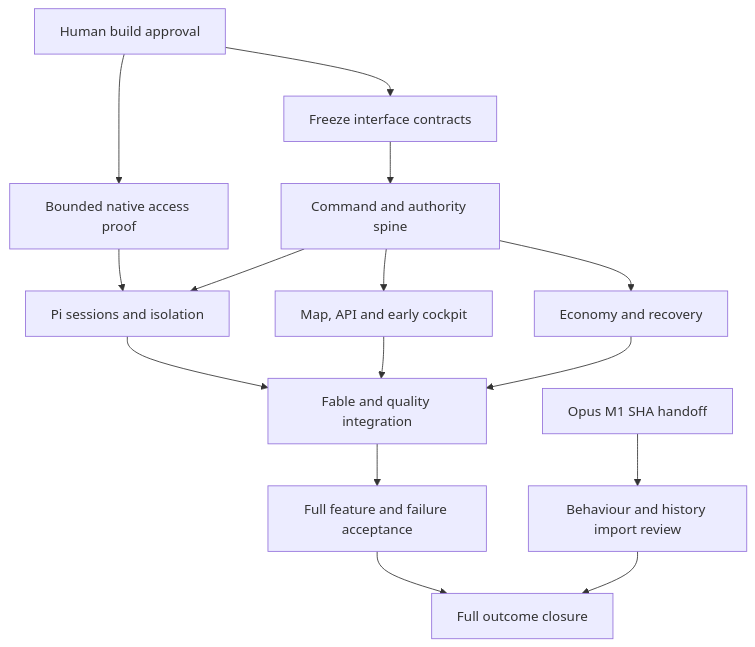
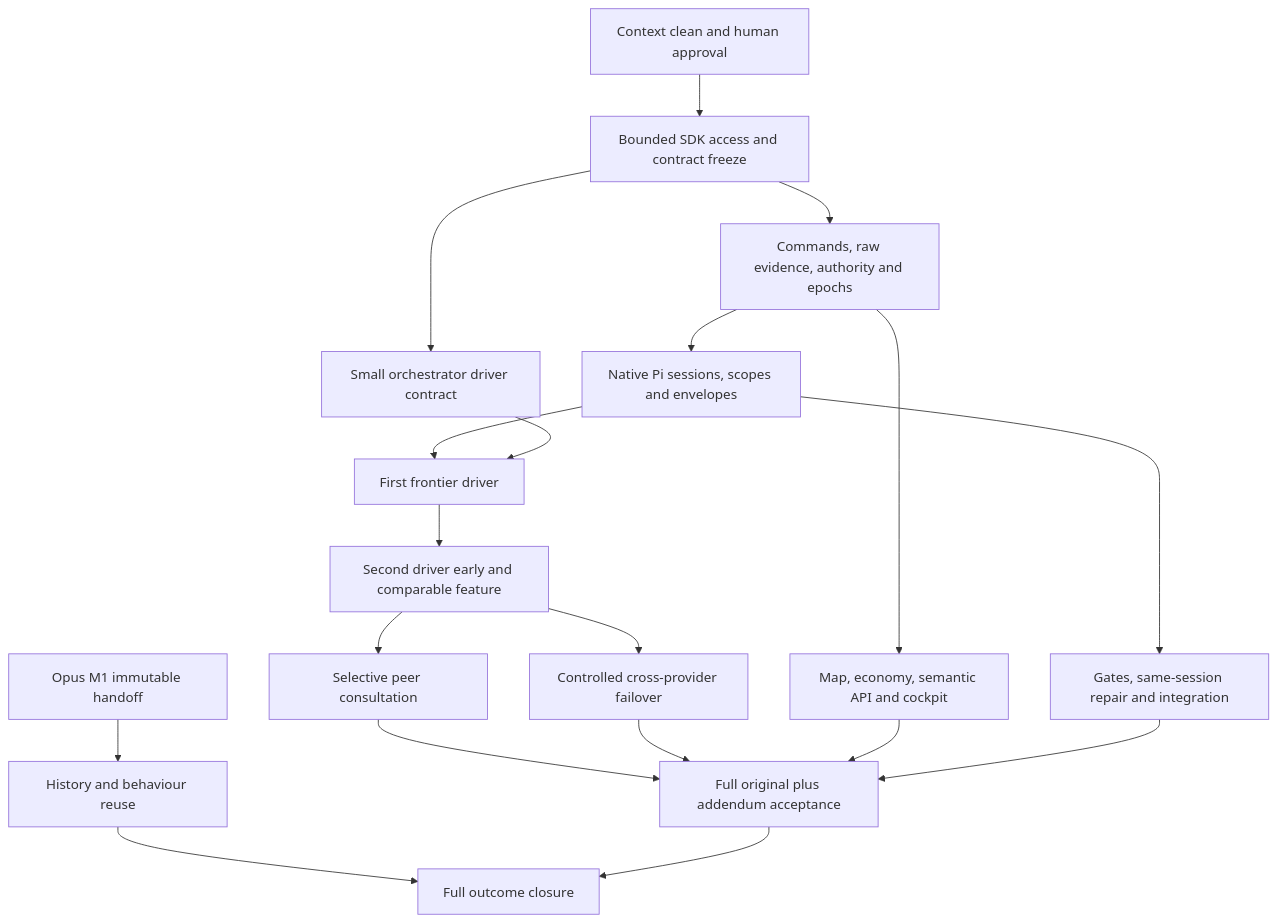
The diagram in docs/map.md (Nicegarrry/helm3), drawn with Mermaid before and after one commit. The commit also changed other lines of this file and 15 other files, not shown here.

Commit message:
docs: revise Map and first-wave plan for interchangeable orchestrators

````diff
--- a/docs/map.md
+++ b/docs/map.md
@@ -40,17 +48,21 @@
 ```mermaid
 flowchart TD
-  A[Human build approval] --> B[Bounded native access proof]
-  A --> C[Freeze interface contracts]
-  C --> D[Command and authority spine]
-  D --> E[Pi sessions and isolation]
-  D --> F[Map, API and early cockpit]
-  D --> G[Economy and recovery]
-  B --> E
-  E --> H[Fable and quality integration]
-  F --> H
-  G --> H
-  H --> I[Full feature and failure acceptance]
-  J[Opus M1 SHA handoff] --> K[Behaviour and history import review]
-  I --> L[Full outcome closure]
+  A[Context clean and human approval] --> B[Bounded SDK access and contract freeze]
+  B --> C[Commands, raw evidence, authority and epochs]
+  C --> D[Native Pi sessions, scopes and envelopes]
+  B --> E[Small orchestrator driver contract]
+  D --> F[First frontier driver]
+  E --> F
+  F --> G[Second driver early and comparable feature]
+  G --> H[Selective peer consultation]
+  G --> I[Controlled cross-provider failover]
+  C --> J[Map, economy, semantic API and cockpit]
+  D --> K[Gates, same-session repair and integration]
+  H --> L[Full original plus addendum acceptance]
+  I --> L
+  J --> L
   K --> L
+  M[Opus M1 immutable handoff] --> N[History and behaviour reuse]
+  N --> O[Full outcome closure]
+  L --> O
 ```
````
